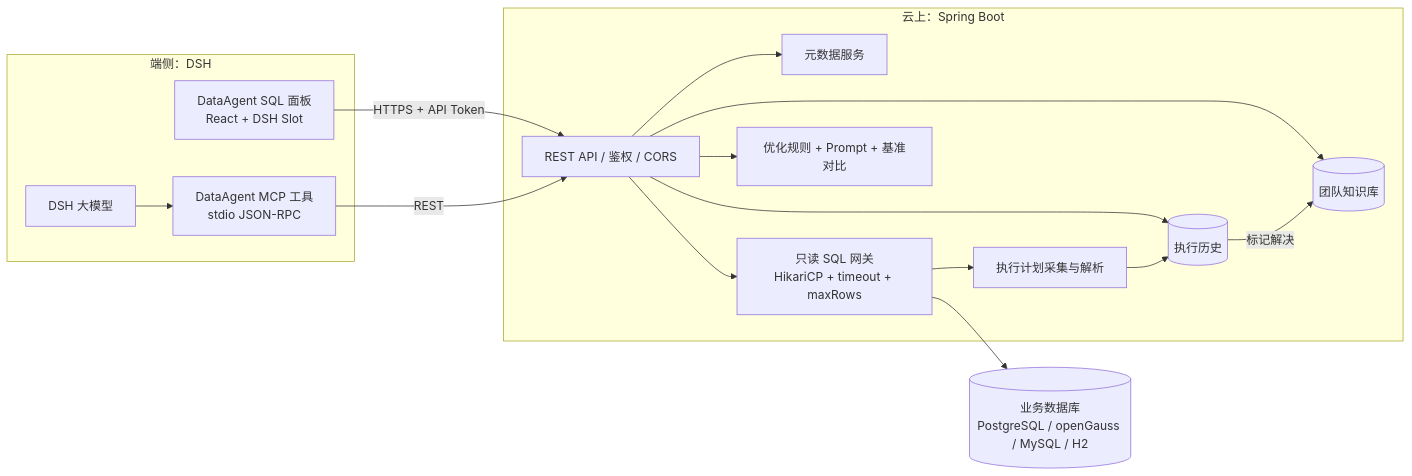
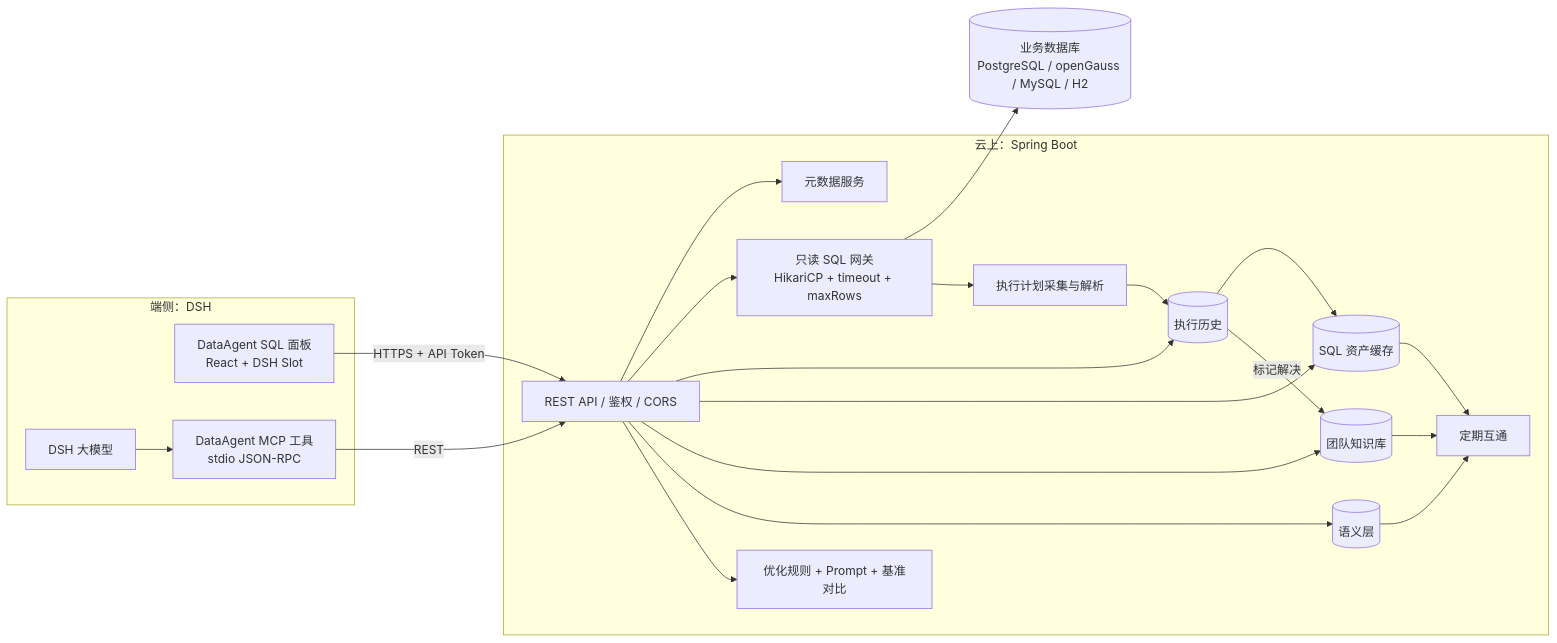
One commit to whllowp/DataAgent changed the diagram in README.md. Above: the diagram before and after it, drawn with Mermaid. The commit also changed other lines of this file and 39 other files, not shown here.

Commit message:
feat: add SQL asset cache and semantic layer

````diff
--- a/README.md
+++ b/README.md
@@ -45,33 +50,42 @@
 ```mermaid
 flowchart LR
   subgraph Edge["端侧：DSH"]
     UI["DataAgent SQL 面板<br/>React + DSH Slot"]
     LLM["DSH 大模型"]
     MCP["DataAgent MCP 工具<br/>stdio JSON-RPC"]
   end
 
   subgraph Cloud["云上：Spring Boot"]
     API["REST API / 鉴权 / CORS"]
     META["元数据服务"]
     GW["只读 SQL 网关<br/>HikariCP + timeout + maxRows"]
     PLAN["执行计划采集与解析"]
     HIST[("执行历史")]
+    ASSET[("SQL 资产缓存")]
     KB[("团队知识库")]
+    SEM[("语义层")]
+    SYNC["定期互通"]
     OPT["优化规则 + Prompt + 基准对比"]
   end
 
   DB[("业务数据库<br/>PostgreSQL / openGauss / MySQL / H2")]
 
   UI -->|HTTPS + API Token| API
   LLM --> MCP
   MCP -->|REST| API
   API --> META
   API --> GW
   API --> HIST
+  API --> ASSET
   API --> KB
+  API --> SEM
   API --> OPT
   GW --> DB
   GW --> PLAN
   PLAN --> HIST
+  HIST --> ASSET
   HIST -->|"标记解决"| KB
+  ASSET --> SYNC
+  KB --> SYNC
+  SEM --> SYNC
 ```
````
